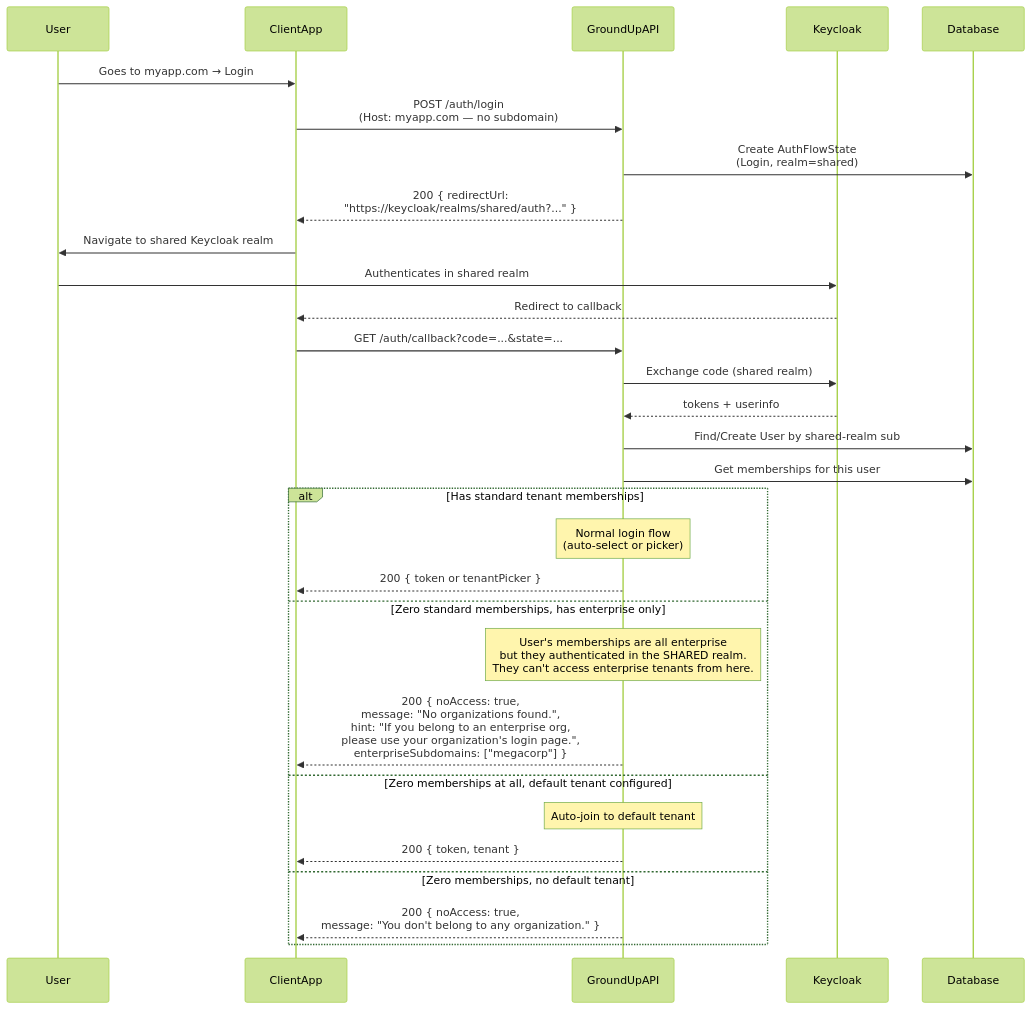
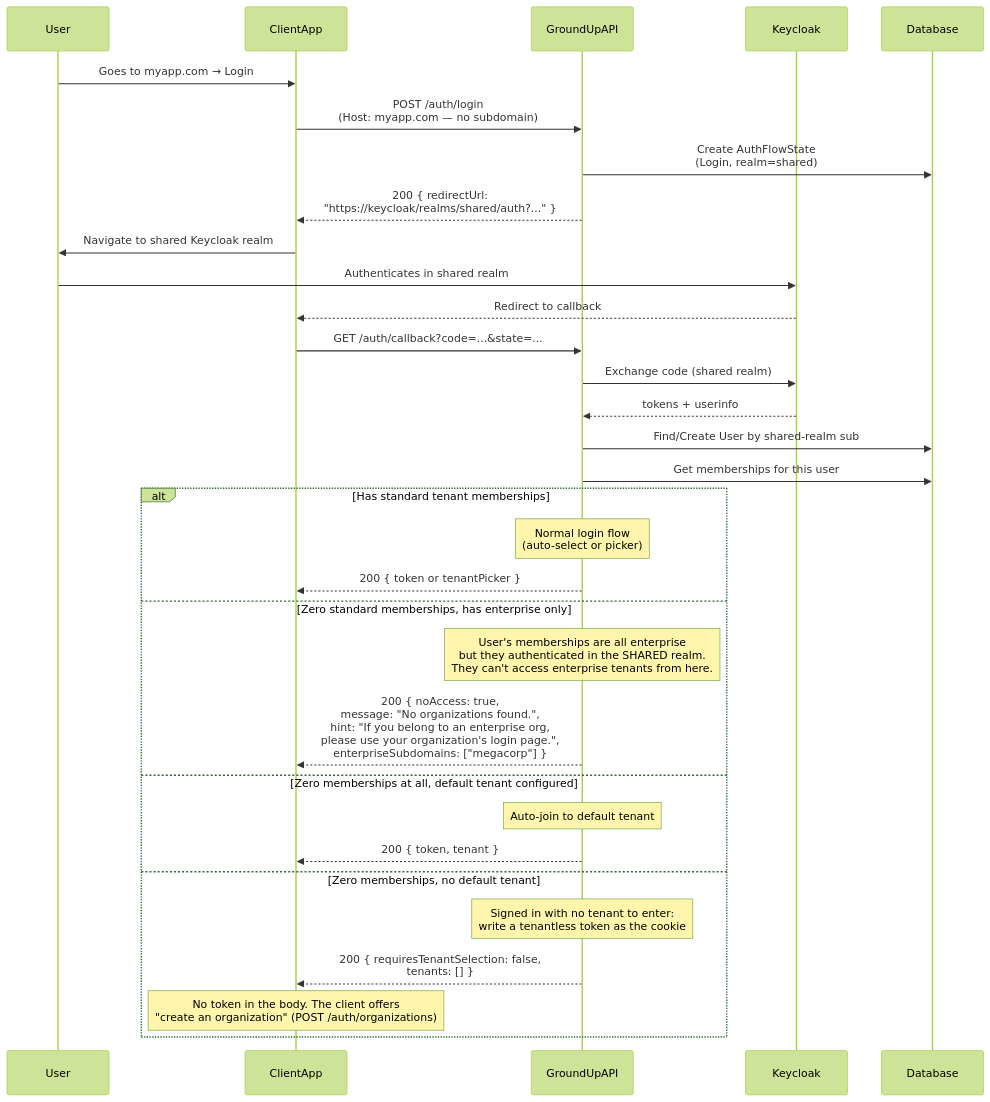
One commit to rsbst23/groundup changed diagram 23 of 23 in .kiro/specs/phase-10-cleanup/auth-flows-design.md. Above: the diagram before and after it, drawn with Mermaid (forest theme). The commit also changed other lines of this file and 3 other files, not shown here.

Commit message:
docs(auth): tenantless sessions in the flow design and manual testing guide

````diff
--- a/.kiro/specs/phase-10-cleanup/auth-flows-design.md
+++ b/.kiro/specs/phase-10-cleanup/auth-flows-design.md
@@ -1165,34 +1166,36 @@
 ```mermaid
 sequenceDiagram
     participant User
     participant ClientApp
     participant GroundUpAPI
     participant Keycloak
     participant Database
 
     User->>ClientApp: Goes to myapp.com → Login
     ClientApp->>GroundUpAPI: POST /auth/login<br/>(Host: myapp.com — no subdomain)
     GroundUpAPI->>Database: Create AuthFlowState<br/>(Login, realm=shared)
     GroundUpAPI-->>ClientApp: 200 { redirectUrl:<br/>"https://keycloak/realms/shared/auth?..." }
     ClientApp->>User: Navigate to shared Keycloak realm
     User->>Keycloak: Authenticates in shared realm
     Keycloak-->>ClientApp: Redirect to callback
     ClientApp->>GroundUpAPI: GET /auth/callback?code=...&state=...
     GroundUpAPI->>Keycloak: Exchange code (shared realm)
     Keycloak-->>GroundUpAPI: tokens + userinfo
     GroundUpAPI->>Database: Find/Create User by shared-realm sub
     GroundUpAPI->>Database: Get memberships for this user
 
     alt Has standard tenant memberships
         Note over GroundUpAPI: Normal login flow<br/>(auto-select or picker)
         GroundUpAPI-->>ClientApp: 200 { token or tenantPicker }
     else Zero standard memberships, has enterprise only
         Note over GroundUpAPI: User's memberships are all enterprise<br/>but they authenticated in the SHARED realm.<br/>They can't access enterprise tenants from here.
         GroundUpAPI-->>ClientApp: 200 { noAccess: true,<br/>message: "No organizations found.",<br/>hint: "If you belong to an enterprise org,<br/>please use your organization's login page.",<br/>enterpriseSubdomains: ["megacorp"] }
     else Zero memberships at all, default tenant configured
         Note over GroundUpAPI: Auto-join to default tenant
         GroundUpAPI-->>ClientApp: 200 { token, tenant }
     else Zero memberships, no default tenant
-        GroundUpAPI-->>ClientApp: 200 { noAccess: true,<br/>message: "You don't belong to any organization." }
+        Note over GroundUpAPI: Signed in with no tenant to enter:<br/>write a tenantless token as the cookie
+        GroundUpAPI-->>ClientApp: 200 { requiresTenantSelection: false,<br/>tenants: [] }
+        Note over ClientApp: No token in the body. The client offers<br/>"create an organization" (POST /auth/organizations)
     end
 ```
````
